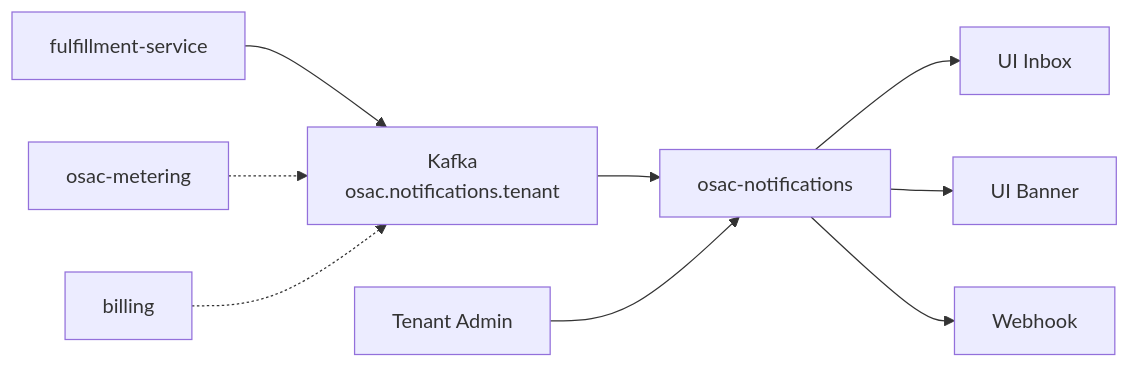
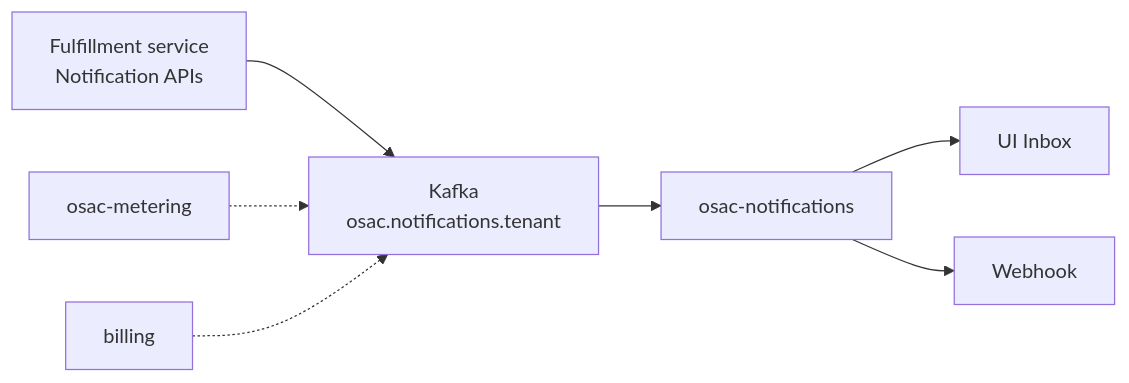
The first of 3 diagrams in enhancements/OSAC-75-notifications/design.md (osac-project/enhancement-proposals), drawn with Mermaid before and after one commit. The commit also changed other lines of this file, not shown here.

Commit message:
OSAC-75: Update architecture

````diff
--- a/enhancements/OSAC-75-notifications/design.md
+++ b/enhancements/OSAC-75-notifications/design.md
@@ -79,20 +76,16 @@
 ```mermaid
 flowchart LR
-    FS[fulfillment-service]
+    FS[Fulfillment service<br/>Notification APIs]
     M[osac-metering]
     B[billing]
-    Admin[Tenant Admin]
     K[Kafka<br/>osac.notifications.tenant]
     N[osac-notifications]
     I[UI Inbox]
-    Banner[UI Banner]
     W[Webhook]
     FS --> K
     M -.-> K
     B -.-> K
     K --> N
-    Admin --> N
     N --> I
-    N --> Banner
     N --> W
 ```
````
